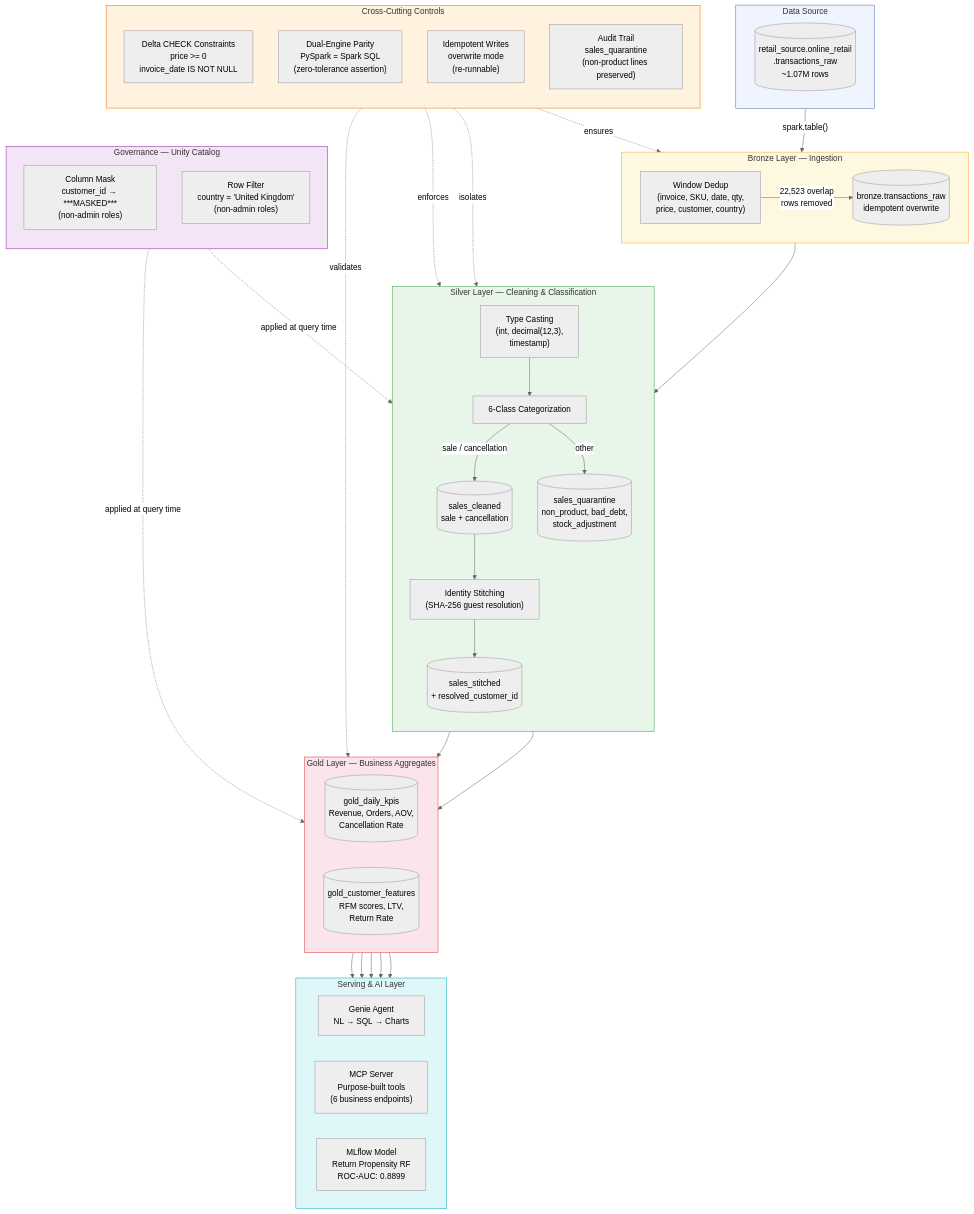
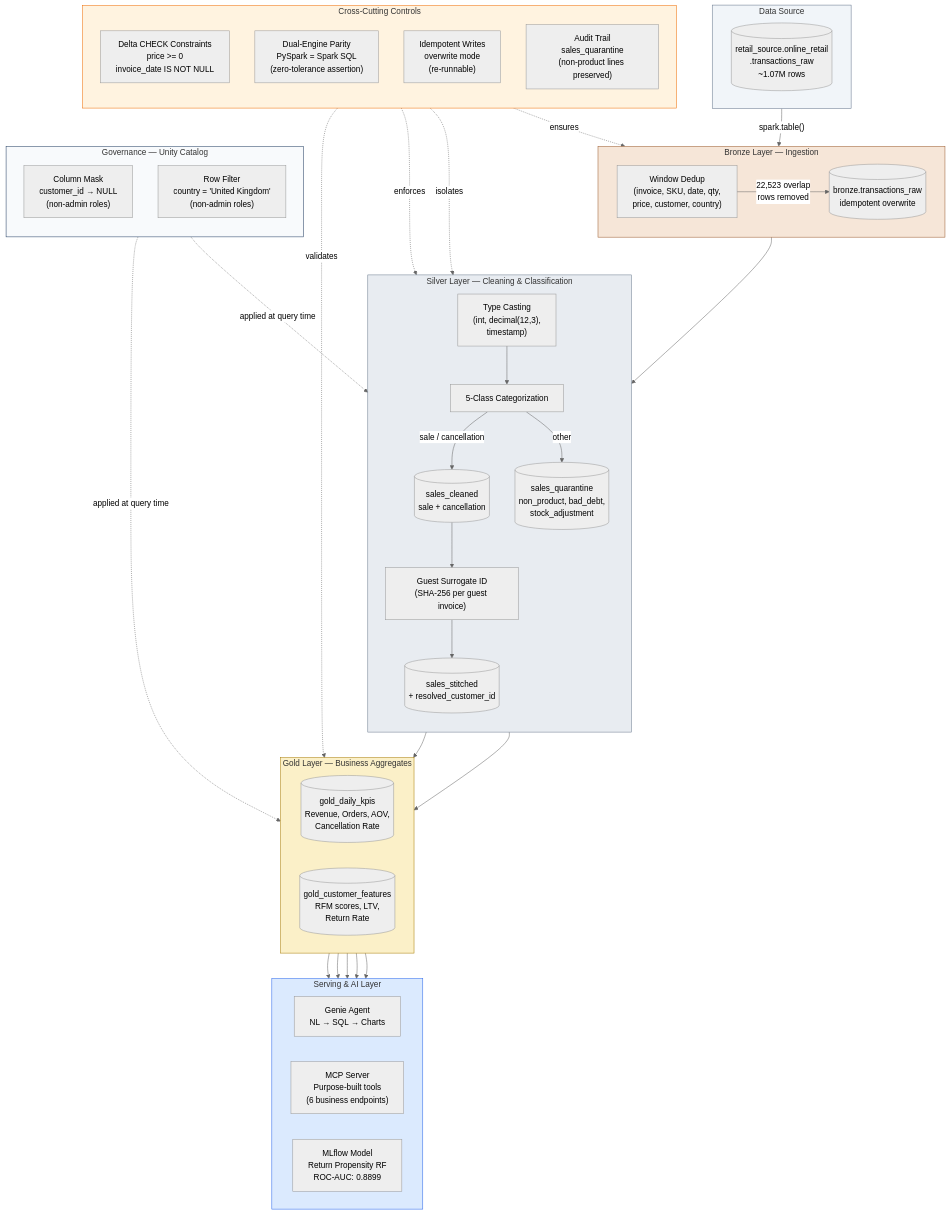
The first of 3 diagrams in assets/architecture_diagram.md (slysik/databricks-eda), drawn with Mermaid (neutral theme) before and after one commit. The commit also changed other lines of this file and 22 other files, not shown here.

First line of the commit message:
Rewrite README for a technical walkthrough; token-driven architecture diagram (#1)

````diff
--- a/assets/architecture_diagram.md
+++ b/assets/architecture_diagram.md
@@ -24,10 +26,10 @@
     subgraph L2["Silver Layer — Cleaning & Classification"]
         direction TB
         S1["Type Casting<br/>(int, decimal(12,3),<br/>timestamp)"]
-        S2["6-Class Categorization"]
+        S2["5-Class Categorization"]
         S3A[("sales_cleaned<br/>sale + cancellation")]
         S3B[("sales_quarantine<br/>non_product, bad_debt,<br/>stock_adjustment")]
-        S4["Identity Stitching<br/>(SHA-256 guest resolution)"]
+        S4["Guest Surrogate ID<br/>(SHA-256 per guest invoice)"]
         S5[("sales_stitched<br/>+ resolved_customer_id")]
         B2 --> S1 --> S2
         S2 -->|"sale / cancellation"| S3A
@@ -45,7 +47,7 @@
 
     subgraph L4["Governance — Unity Catalog"]
         direction TB
-        UC1["Column Mask<br/>customer_id → ***MASKED***<br/>(non-admin roles)"]
+        UC1["Column Mask<br/>customer_id → NULL<br/>(non-admin roles)"]
         UC2["Row Filter<br/>country = 'United Kingdom'<br/>(non-admin roles)"]
     end
 
@@ -81,11 +83,11 @@
     X3 -.->|"ensures"| B2
     X4 -.->|"isolates"| S3B
 
-    style L0 fill:#f0f4ff,stroke:#4a6fa5
-    style L1 fill:#fff8e1,stroke:#f9a825
-    style L2 fill:#e8f5e9,stroke:#43a047
-    style L3 fill:#fce4ec,stroke:#e53935
-    style L4 fill:#f3e5f5,stroke:#8e24aa
-    style L5 fill:#e0f7fa,stroke:#00acc1
+    style L0 fill:#f1f5f9,stroke:#64748b
+    style L1 fill:#f6e6d8,stroke:#9a5b2e
+    style L2 fill:#e8ecf1,stroke:#6b7a8d
+    style L3 fill:#fbf0c8,stroke:#a87b00
+    style L4 fill:#f8fafc,stroke:#1e3a5f
+    style L5 fill:#dbeafe,stroke:#2563eb
     style XC fill:#fff3e0,stroke:#ef6c00
 ```
````
